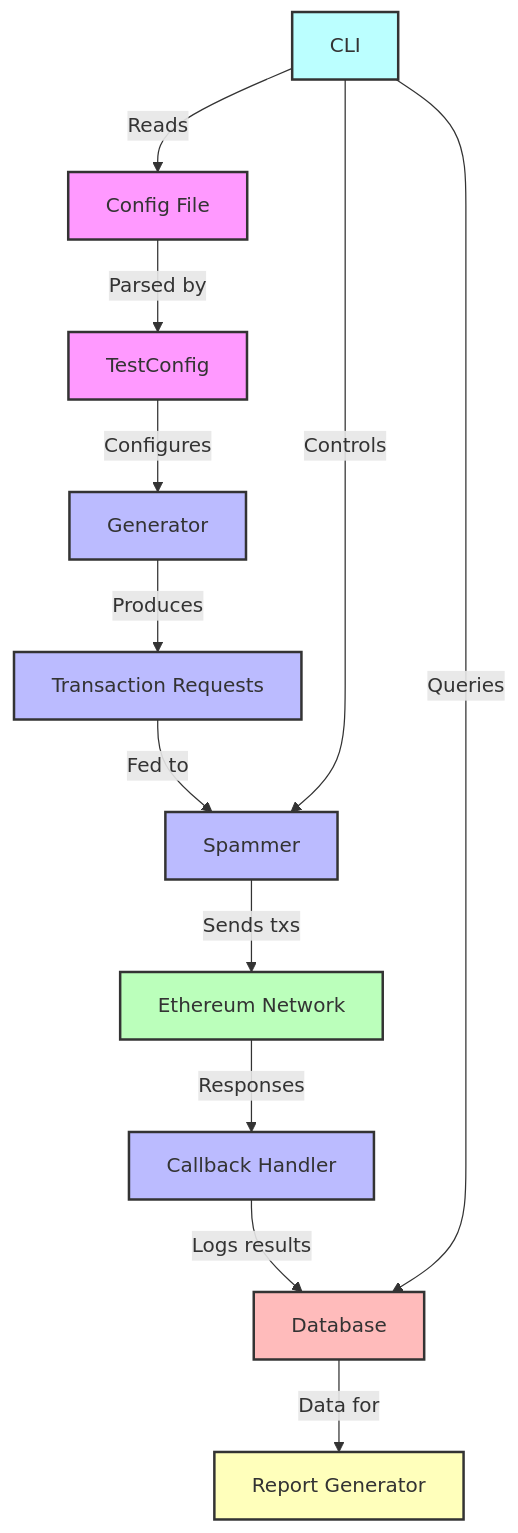
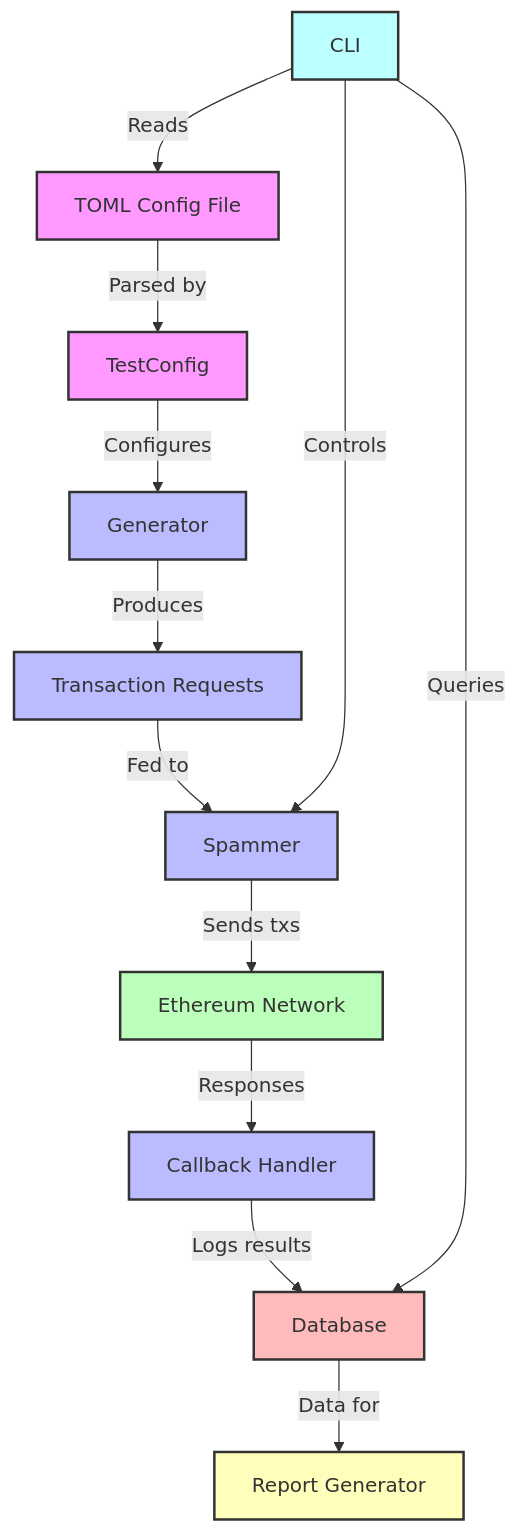
One commit to flashbots/contender changed the diagram in README.md. Above: the diagram before and after it, drawn with Mermaid. The commit also changed other lines of this file, not shown here.

Commit message:
last readme nits

````diff
--- a/README.md
+++ b/README.md
@@ -121,35 +121,35 @@
 ```mermaid
 graph TD
-    A[Config File] -->|Parsed by| B[TestConfig]
+    A[TOML Config File] -->|Parsed by| B[TestConfig]
     B -->|Configures| C[Generator]
     C -->|Produces| D[Transaction Requests]
     D -->|Fed to| E[Spammer]
     E -->|Sends txs| F[Ethereum Network]
     F -->|Responses| G[Callback Handler]
     G -->|Logs results| H[Database]
     
     I[CLI] -->|Reads| A
     I -->|Controls| E
     I -->|Queries| H
     
     H -->|Data for| J[Report Generator]
 
     %% Component descriptions
     A:::config
     B:::config
     C:::core
     D:::core
     E:::core
     F:::external
     G:::core
     H:::storage
     I:::interface
     J:::analysis
 
     classDef config fill:#f9f,stroke:#333,stroke-width:2px;
     classDef core fill:#bbf,stroke:#333,stroke-width:2px;
     classDef external fill:#bfb,stroke:#333,stroke-width:2px;
     classDef storage fill:#fbb,stroke:#333,stroke-width:2px;
     classDef interface fill:#bff,stroke:#333,stroke-width:2px;
     classDef analysis fill:#ffb,stroke:#333,stroke-width:2px;
 ```
````
